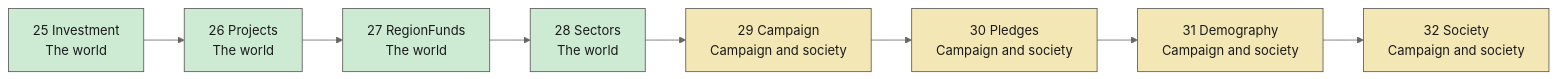
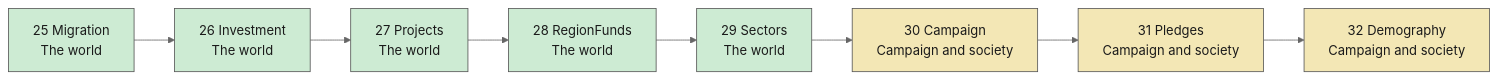
The fourth of 5 diagrams in docs/tick-order.md (powerbassist/World-simulator), drawn with Mermaid (neutral theme) before and after one commit. The commit also changed other lines of this file and 20 other files, not shown here.

````diff
--- a/docs/tick-order.md
+++ b/docs/tick-order.md
@@ -84,18 +84,18 @@
 ```mermaid
 flowchart LR
-  s25["25 Investment<br/>The world"]:::g3
-  s26["26 Projects<br/>The world"]:::g3
-  s27["27 RegionFunds<br/>The world"]:::g3
-  s28["28 Sectors<br/>The world"]:::g3
-  s29["29 Campaign<br/>Campaign and society"]:::g4
-  s30["30 Pledges<br/>Campaign and society"]:::g4
-  s31["31 Demography<br/>Campaign and society"]:::g4
-  s32["32 Society<br/>Campaign and society"]:::g4
+  s25["25 Migration<br/>The world"]:::g3
+  s26["26 Investment<br/>The world"]:::g3
+  s27["27 Projects<br/>The world"]:::g3
+  s28["28 RegionFunds<br/>The world"]:::g3
+  s29["29 Sectors<br/>The world"]:::g3
+  s30["30 Campaign<br/>Campaign and society"]:::g4
+  s31["31 Pledges<br/>Campaign and society"]:::g4
+  s32["32 Demography<br/>Campaign and society"]:::g4
   s25 --> s26 --> s27 --> s28 --> s29 --> s30 --> s31 --> s32
   classDef g0 fill:#cfe3f7,stroke:#555,color:#1a1a1a
   classDef g1 fill:#f6dcc2,stroke:#555,color:#1a1a1a
   classDef g2 fill:#dccff0,stroke:#555,color:#1a1a1a
   classDef g3 fill:#cdebd3,stroke:#555,color:#1a1a1a
   classDef g4 fill:#f3e7b5,stroke:#555,color:#1a1a1a
   classDef g5 fill:#f2cfd3,stroke:#555,color:#1a1a1a
 ```
````
